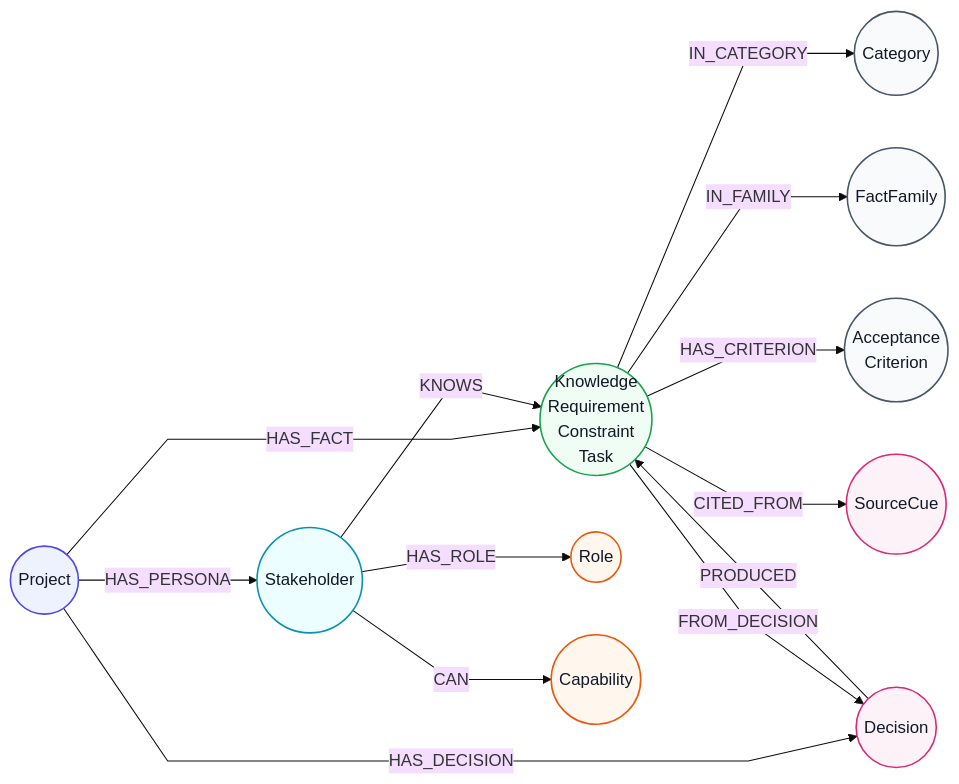
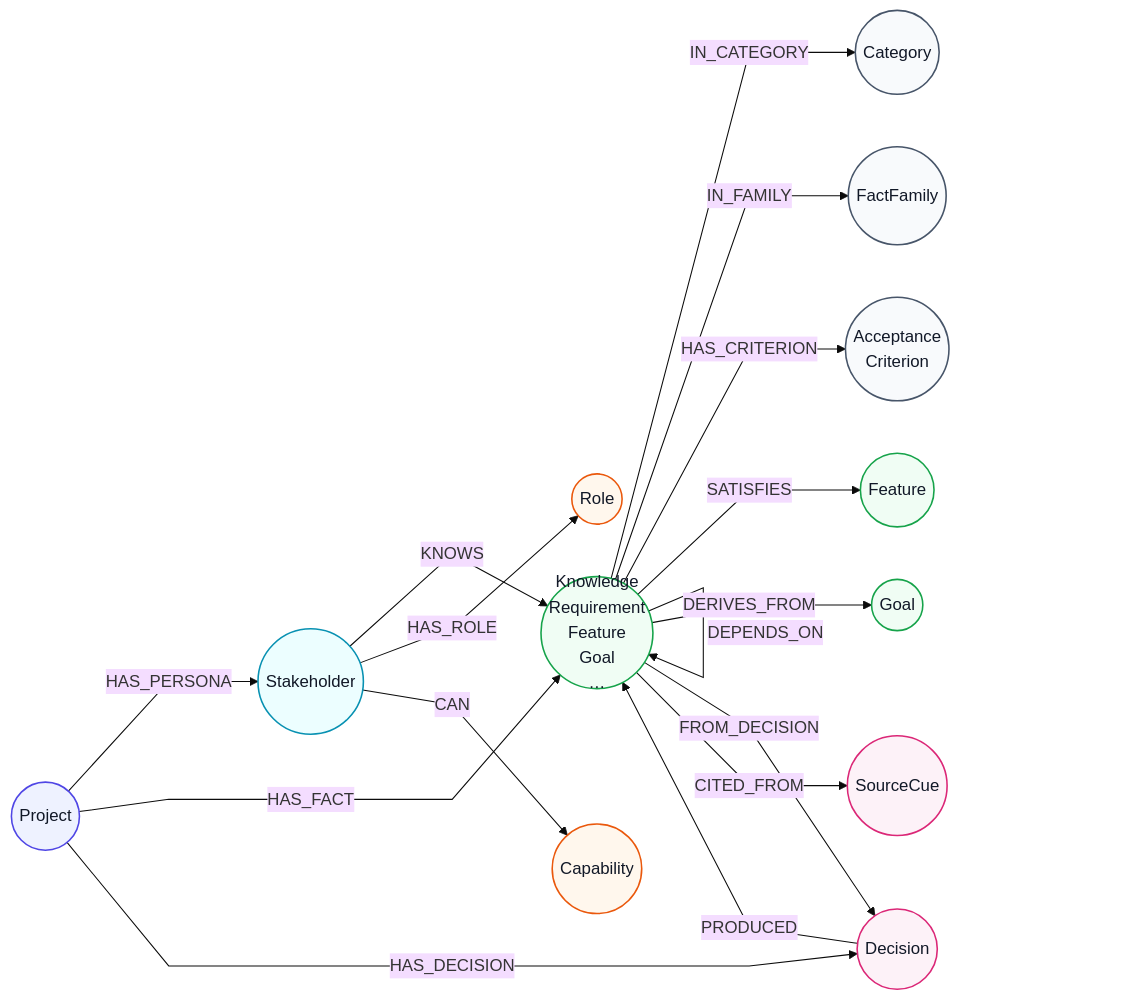
Before and after one commit to Snickdx/sellm: the diagram in docs/YAML_GRAPH_MODEL.md, drawn with Mermaid (base theme). The commit also changed other lines of this file and 8 other files, not shown here.

First line of the commit message:
feat: SRS taxonomy in scenario-author skill and graph mapping

````diff
--- a/docs/YAML_GRAPH_MODEL.md
+++ b/docs/YAML_GRAPH_MODEL.md
@@ -127,34 +139,39 @@
 ```mermaid
 %%{init: {"flowchart": {"curve": "linear"}}}%%
 flowchart LR
     classDef pkg fill:#eef2ff,stroke:#4f46e5,color:#111827,stroke-width:1.5px;
     classDef actor fill:#ecfeff,stroke:#0891b2,color:#111827,stroke-width:1.5px;
     classDef knowledge fill:#f0fdf4,stroke:#16a34a,color:#111827,stroke-width:1.5px;
     classDef governance fill:#fff7ed,stroke:#ea580c,color:#111827,stroke-width:1.5px;
     classDef provenance fill:#fdf2f8,stroke:#db2777,color:#111827,stroke-width:1.5px;
     classDef domain fill:#f8fafc,stroke:#475569,color:#111827,stroke-width:1.5px;
 
     SC((Project)):::pkg
     PE((Stakeholder)):::actor
-    FA((Knowledge<br/>Requirement<br/>Constraint<br/>Task)):::knowledge
+    FA((Knowledge<br/>Requirement<br/>Feature<br/>Goal<br/>…)):::knowledge
+    FE((Feature)):::knowledge
+    GO((Goal)):::knowledge
     CAT((Category)):::domain
     FAM((FactFamily)):::domain
     AC((Acceptance<br/>Criterion)):::domain
     SR((Role)):::governance
     CP((Capability)):::governance
     DE((Decision)):::provenance
     CU((SourceCue)):::provenance
 
     SC -->|HAS_PERSONA| PE
     SC -->|HAS_FACT| FA
     SC -->|HAS_DECISION| DE
     PE -->|KNOWS| FA
     PE -->|HAS_ROLE| SR
     PE -->|CAN| CP
     FA -->|IN_CATEGORY| CAT
     FA -->|IN_FAMILY| FAM
     FA -->|HAS_CRITERION| AC
+    FA -->|SATISFIES| FE
+    FA -->|DERIVES_FROM| GO
+    FA -->|DEPENDS_ON| FA
     FA -->|FROM_DECISION| DE
     DE -->|PRODUCED| FA
     FA -->|CITED_FROM| CU
 ```
````
